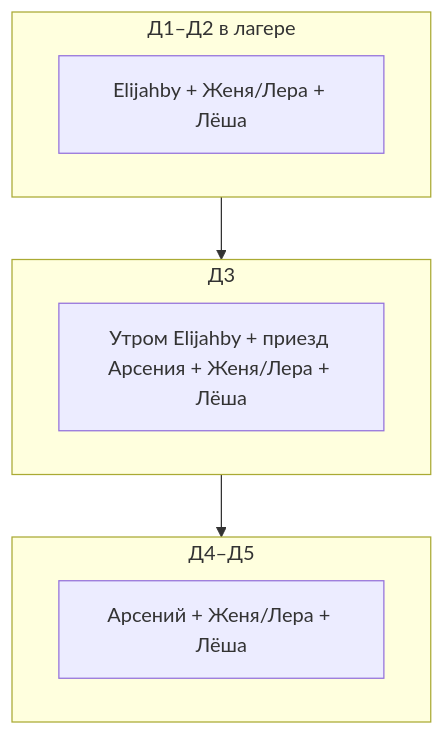
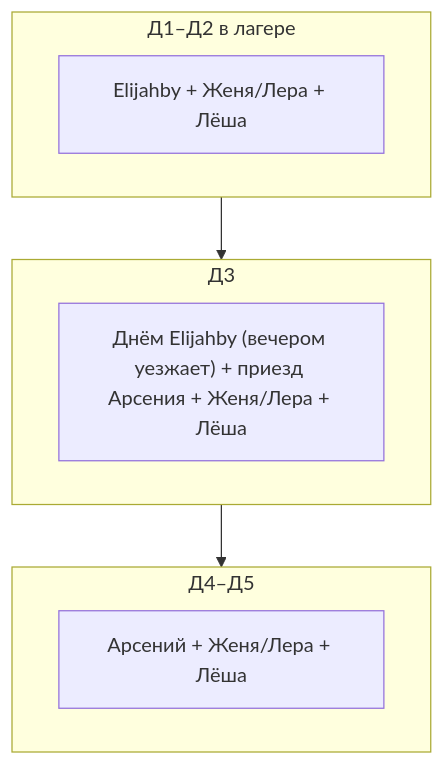
One commit to beetzung/tour_de_bory_2026 changed the diagram in logistics.md. Above: the diagram before and after it, drawn with Mermaid. The commit also changed other lines of this file and 10 other files, not shown here.

````diff
--- a/logistics.md
+++ b/logistics.md
@@ -34,13 +34,13 @@
 ```mermaid
 flowchart TB
     subgraph d12["Д1–Д2 в лагере"]
         t1["Elijahby + Женя/Лера + Лёша"]
     end
     subgraph d3["Д3"]
-        t2["Утром Elijahby + приезд Арсения + Женя/Лера + Лёша"]
+        t2["Днём Elijahby (вечером уезжает) + приезд Арсения + Женя/Лера + Лёша"]
     end
     subgraph d45["Д4–Д5"]
         t3["Арсений + Женя/Лера + Лёша"]
     end
     d12 --> d3 --> d45
 ```
````
